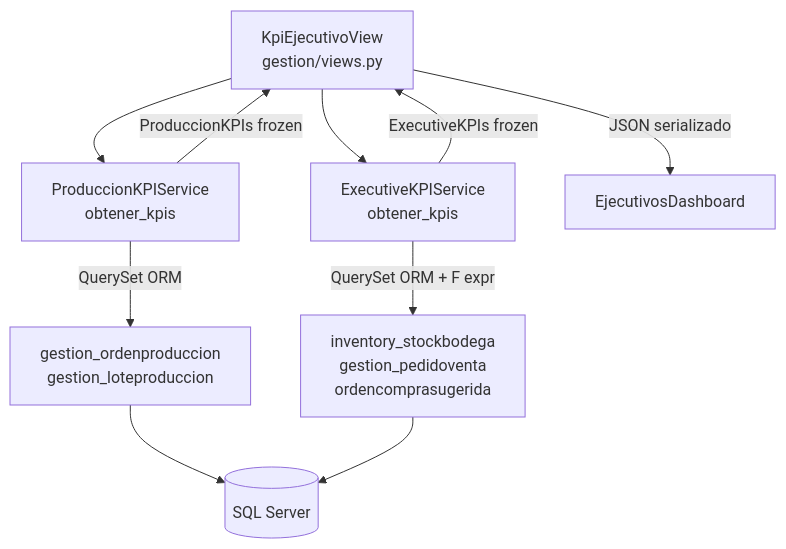
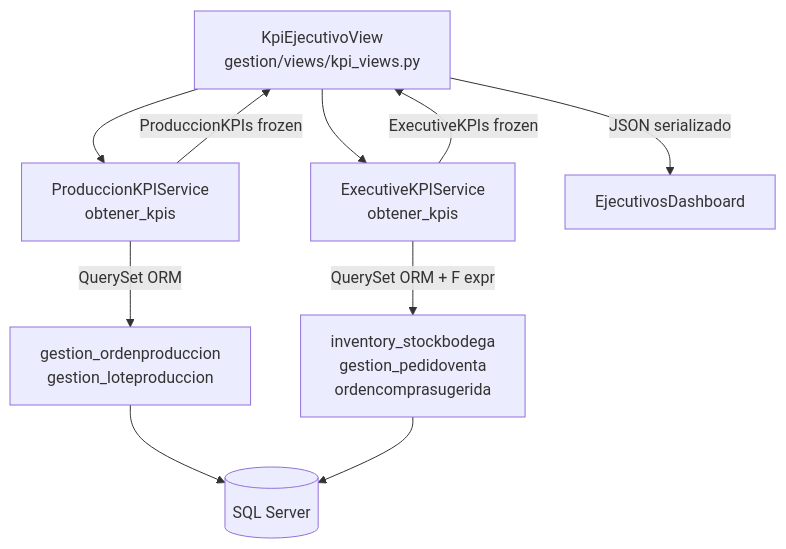
The second of 4 diagrams in docs/arquitectura-bd/MODELO_DATOS.md (DevBrandonArellano/TexCore), drawn with Mermaid before and after one commit. The commit also changed 168 other files, not shown here.

````diff
--- a/docs/arquitectura-bd/MODELO_DATOS.md
+++ b/docs/arquitectura-bd/MODELO_DATOS.md
@@ -112,12 +112,12 @@
 ```mermaid
 graph TD
-    View[KpiEjecutivoView\ngestion/views.py] --> SvcP[ProduccionKPIService\nobtener_kpis]
+    View[KpiEjecutivoView\ngestion/views/kpi_views.py] --> SvcP[ProduccionKPIService\nobtener_kpis]
     View --> SvcE[ExecutiveKPIService\nobtener_kpis]
     SvcP -->|QuerySet ORM| OP[gestion_ordenproduccion\ngestion_loteproduccion]
     SvcE -->|QuerySet ORM + F expr| INV[inventory_stockbodega\ngestion_pedidoventa\nordencomprasugerida]
     OP --> DB[(SQL Server)]
     INV --> DB
     SvcP -->|ProduccionKPIs frozen| View
     SvcE -->|ExecutiveKPIs frozen| View
     View -->|JSON serializado| FE[EjecutivosDashboard]
 ```
````
